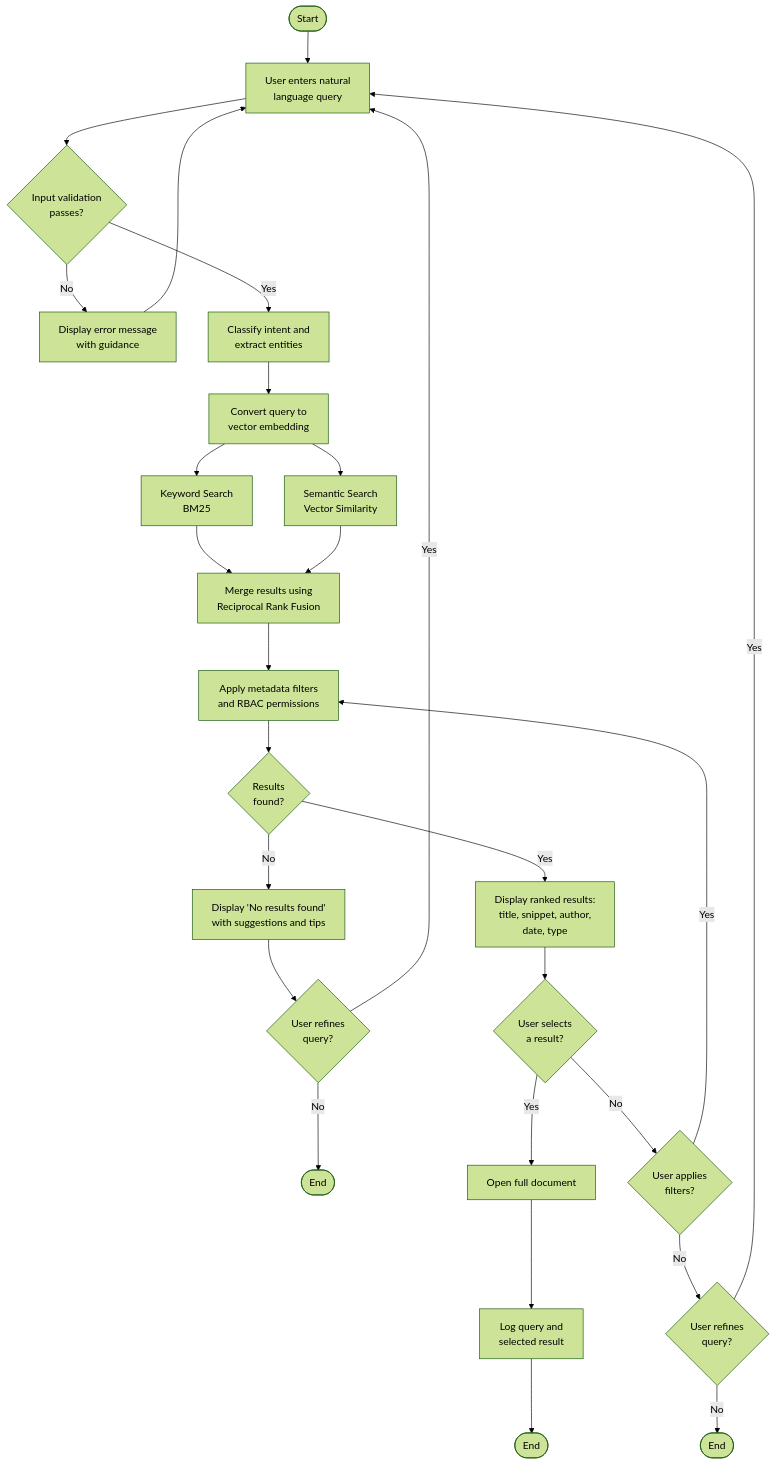
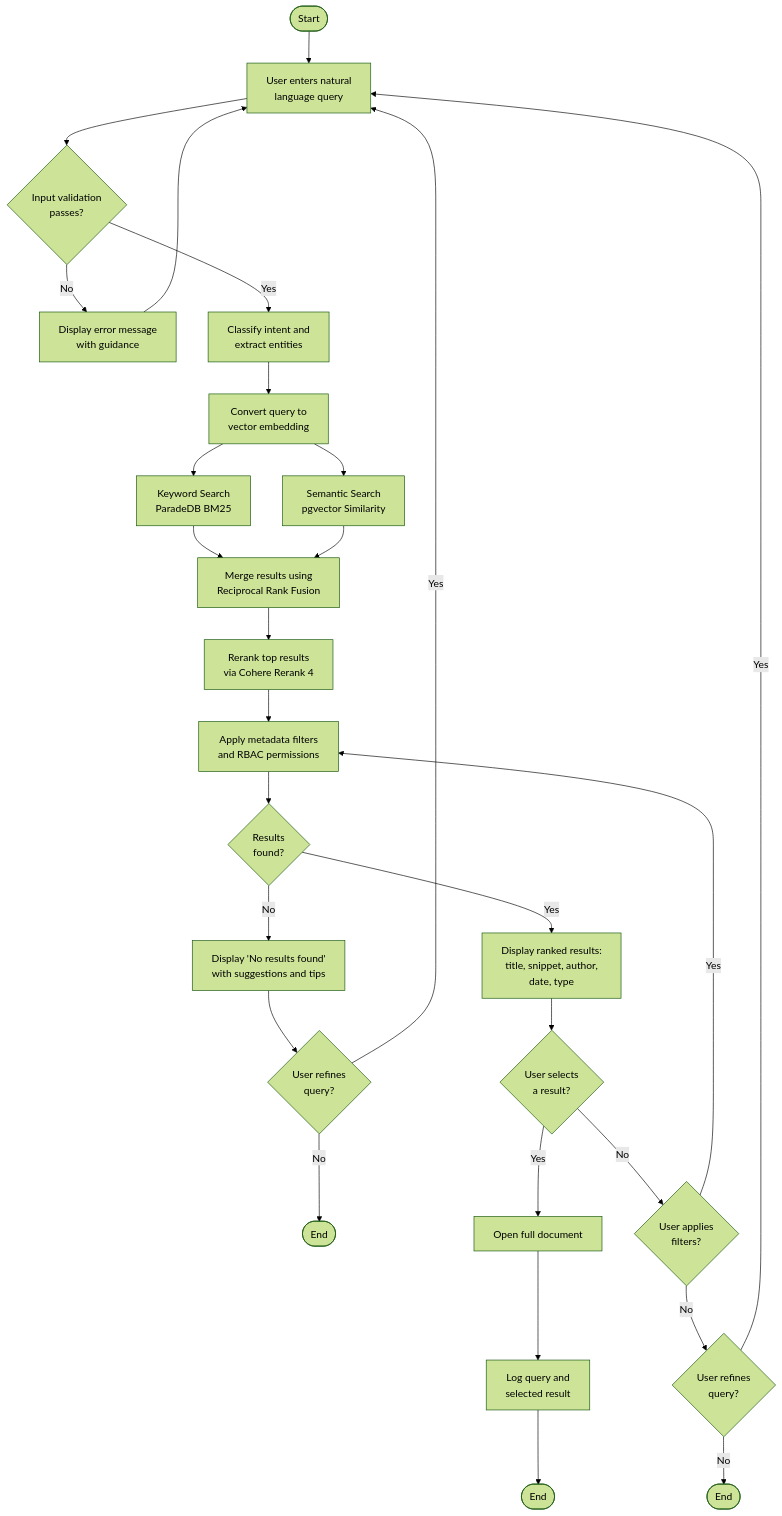
Before and after one commit to FlyM1ss/capstone-project: the diagram in software-engineering/diagrams/activity.mmd, drawn with Mermaid (forest theme). The commit also changed 14 other files, not shown here.

```diff
--- a/software-engineering/diagrams/activity.mmd
+++ b/software-engineering/diagrams/activity.mmd
@@ -1,27 +1,28 @@
 flowchart TD
     Start([Start]) --> A[User enters natural<br/>language query]
     A --> B{Input validation<br/>passes?}
     B -->|No| C[Display error message<br/>with guidance]
     C --> A
     B -->|Yes| D[Classify intent and<br/>extract entities]
     D --> E[Convert query to<br/>vector embedding]
-    E --> F1[Keyword Search<br/>BM25]
-    E --> F2[Semantic Search<br/>Vector Similarity]
+    E --> F1[Keyword Search<br/>ParadeDB BM25]
+    E --> F2[Semantic Search<br/>pgvector Similarity]
     F1 --> G[Merge results using<br/>Reciprocal Rank Fusion]
     F2 --> G
-    G --> H[Apply metadata filters<br/>and RBAC permissions]
+    G --> G2[Rerank top results<br/>via Cohere Rerank 4]
+    G2 --> H[Apply metadata filters<br/>and RBAC permissions]
     H --> I{Results<br/>found?}
     I -->|No| J["Display 'No results found'<br/>with suggestions and tips"]
     J --> K{User refines<br/>query?}
     K -->|Yes| A
     K -->|No| End1([End])
     I -->|Yes| L[Display ranked results:<br/>title, snippet, author,<br/>date, type]
     L --> M{User selects<br/>a result?}
     M -->|Yes| N[Open full document]
     N --> O[Log query and<br/>selected result]
     O --> End2([End])
     M -->|No| P{User applies<br/>filters?}
     P -->|Yes| H
     P -->|No| Q{User refines<br/>query?}
     Q -->|Yes| A
     Q -->|No| End3([End])
```
